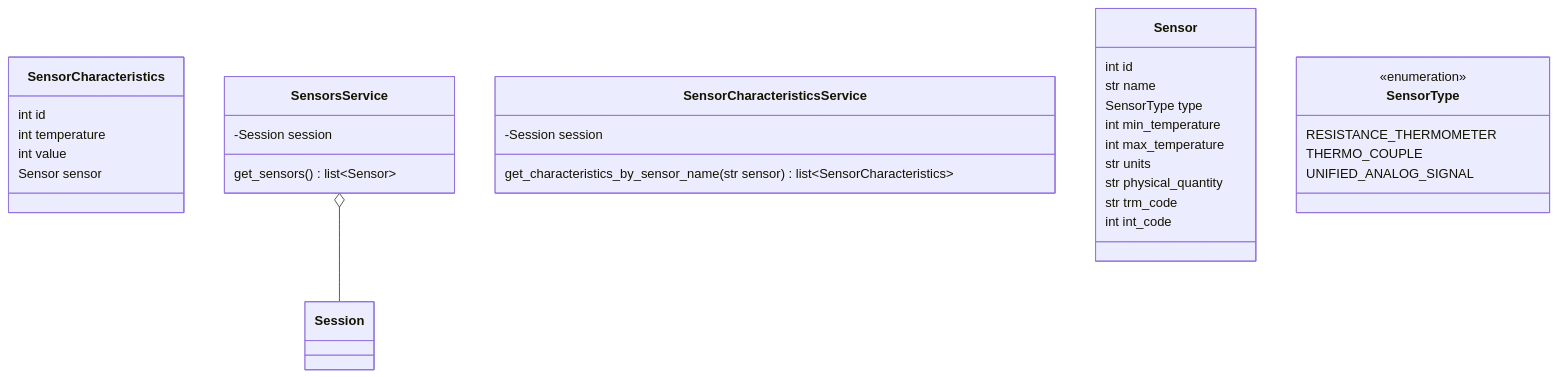
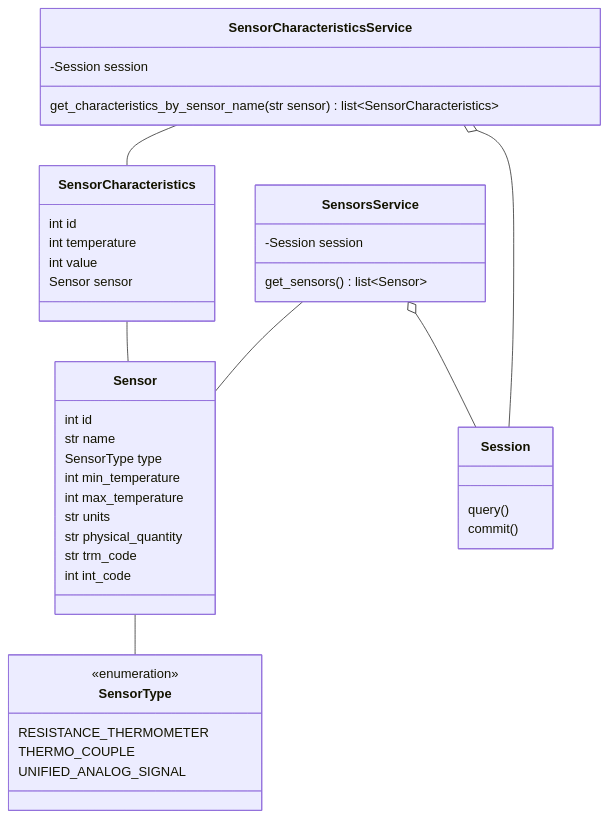
Before and after one commit to Marik28/dissertation: the sixth of 7 diagrams in data/diagrams/диаграмма классов.md, drawn with Mermaid. The commit also changed other lines of this file and 2 other files, not shown here.

````diff
--- a/data/diagrams/диаграмма классов.md
+++ b/data/diagrams/диаграмма классов.md
@@ -321,41 +333,51 @@
 ```mermaid
 classDiagram
 
     class SensorCharacteristics {
         int id
         int temperature
         int value
         Sensor sensor
     }
     
     class SensorsService {
         -Session session
         get_sensors() list~Sensor~
     }
     
     class SensorCharacteristicsService {
         -Session session
         get_characteristics_by_sensor_name(str sensor) list~SensorCharacteristics~
     }
 
     class Sensor {
         int id
         str name
         SensorType type
         int min_temperature
         int max_temperature
         str units
         str physical_quantity
         str trm_code
         int int_code
     }
     
     class SensorType {
         <<enumeration>>
         RESISTANCE_THERMOMETER
         THERMO_COUPLE
         UNIFIED_ANALOG_SIGNAL
     }
 
+    class Session {
+        query()
+        commit()
+    }
+
     SensorsService o-- Session
+    SensorCharacteristics -- Sensor
+    SensorsService -- Sensor
+    Sensor -- SensorType
+    SensorCharacteristicsService -- SensorCharacteristics
+    SensorCharacteristicsService o-- Session
 ```
````
